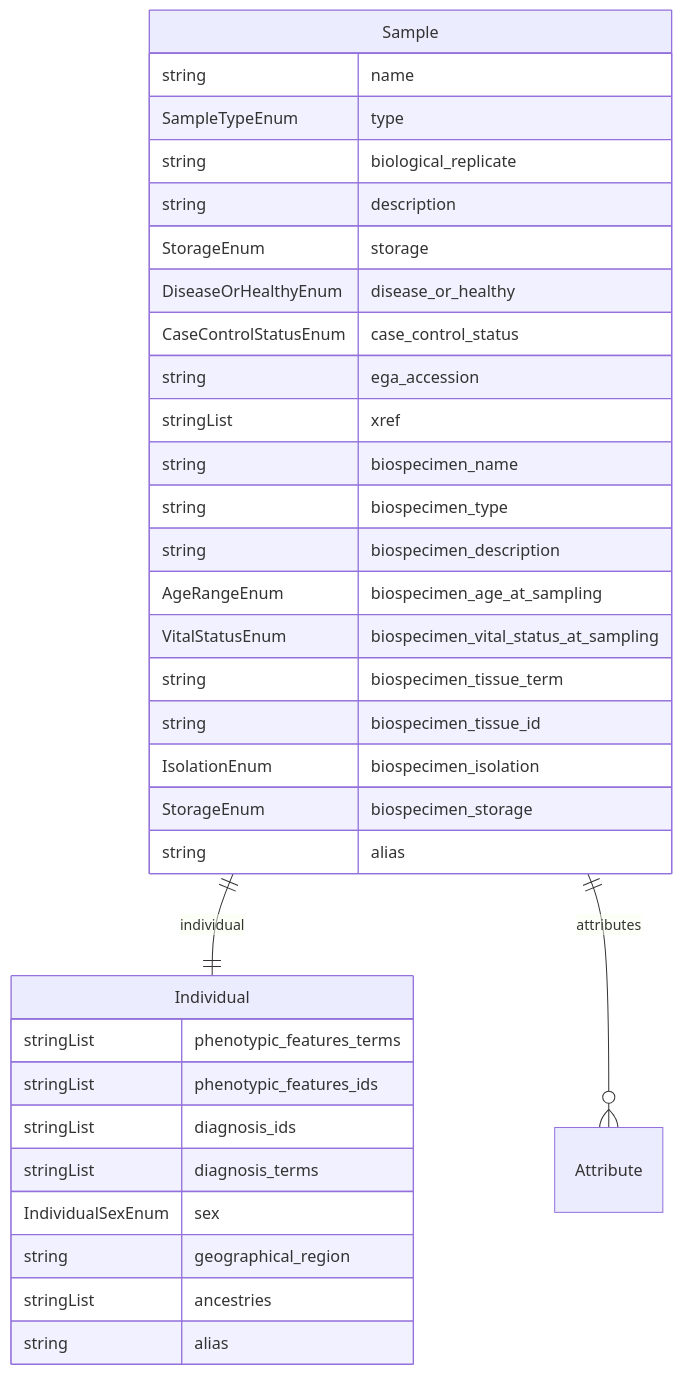
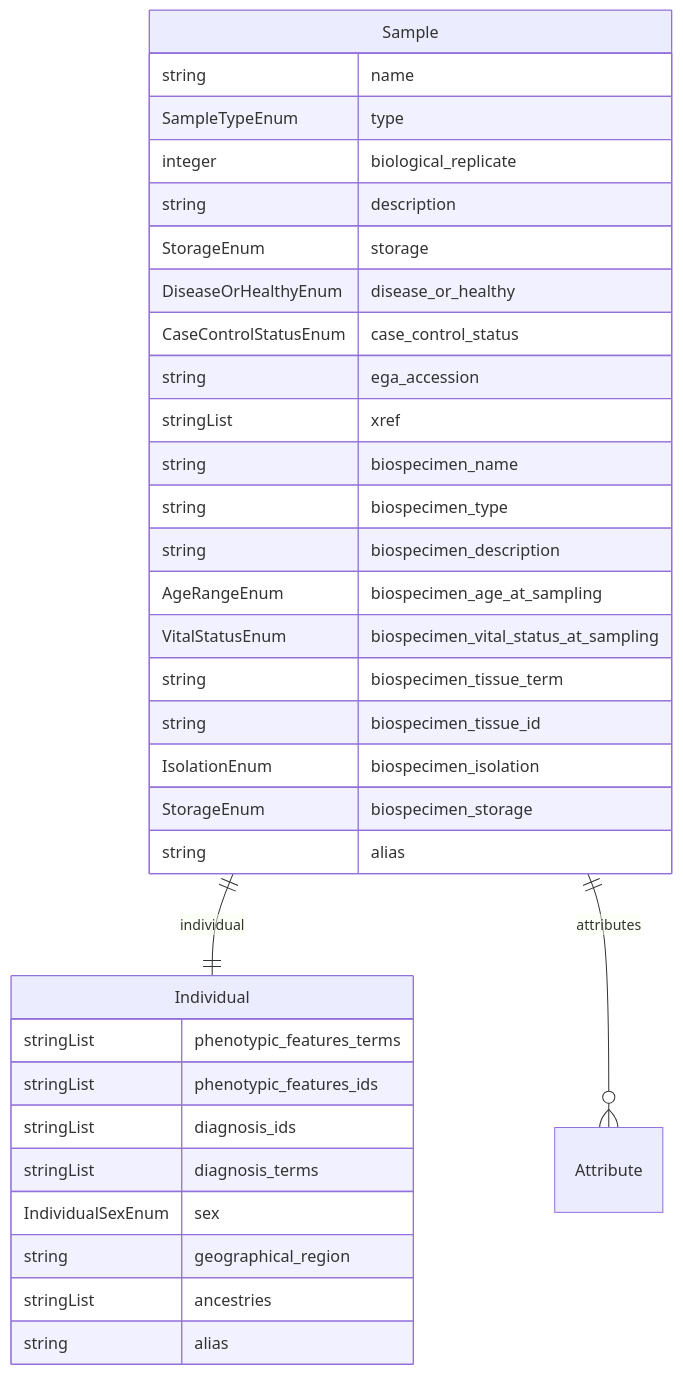
The fourth of 5 diagrams in docs/entity_relations.md (ghga-de/ghga-metadata-schema), drawn with Mermaid before and after one commit. The commit also changed other lines of this file and 12 other files, not shown here.

First line of the commit message:
added integer range for replicate slots and boolean range for pseudof… (#158)

````diff
--- a/docs/entity_relations.md
+++ b/docs/entity_relations.md
@@ -171,38 +171,38 @@
 ```mermaid
 erDiagram
 Individual {
     stringList phenotypic_features_terms  
     stringList phenotypic_features_ids  
     stringList diagnosis_ids  
     stringList diagnosis_terms  
     IndividualSexEnum sex  
     string geographical_region  
     stringList ancestries  
     string alias  
 }
 Sample {
     string name  
     SampleTypeEnum type  
-    string biological_replicate  
+    integer biological_replicate  
     string description  
     StorageEnum storage  
     DiseaseOrHealthyEnum disease_or_healthy  
     CaseControlStatusEnum case_control_status  
     string ega_accession  
     stringList xref  
     string biospecimen_name  
     string biospecimen_type  
     string biospecimen_description  
     AgeRangeEnum biospecimen_age_at_sampling  
     VitalStatusEnum biospecimen_vital_status_at_sampling  
     string biospecimen_tissue_term  
     string biospecimen_tissue_id  
     IsolationEnum biospecimen_isolation  
     StorageEnum biospecimen_storage  
     string alias  
 }
 
 Sample ||--|| Individual : "individual"
 Sample ||--}o Attribute : "attributes"
 
 ```
````
